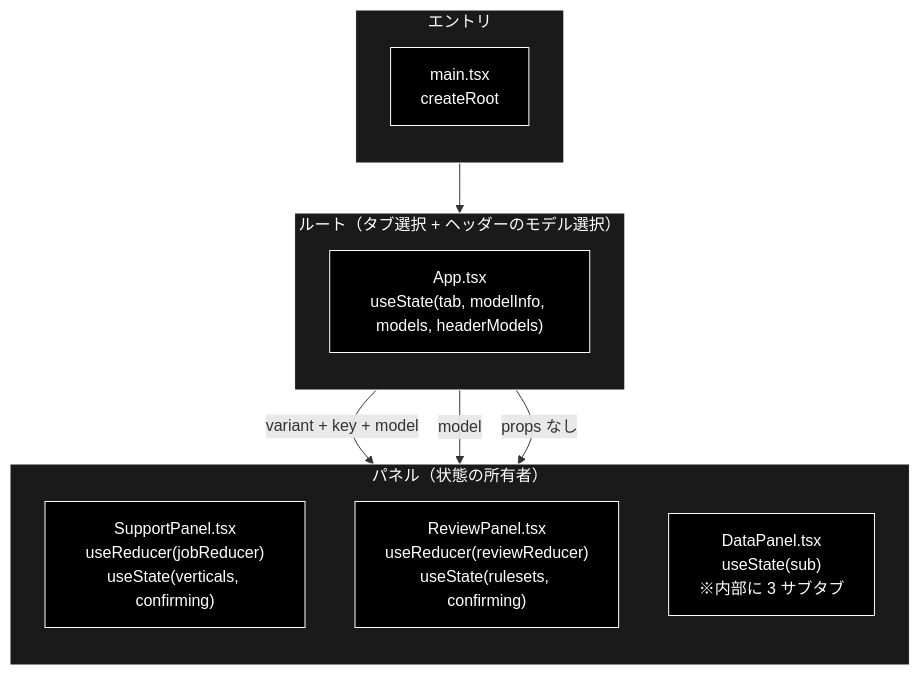
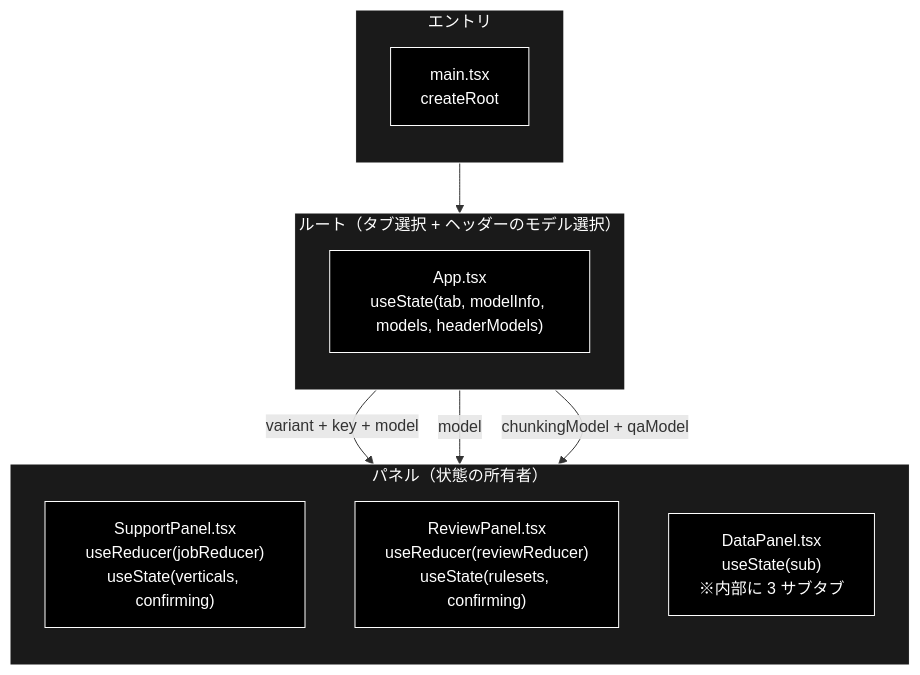
The first of 3 diagrams in frontend/docs/App.md (nakashima2toshio/grace_v2), drawn with Mermaid before and after one commit. The commit also changed other lines of this file and 11 other files, not shown here.

````diff
--- a/frontend/docs/App.md
+++ b/frontend/docs/App.md
@@ -72,28 +72,28 @@
 ```mermaid
 flowchart TB
     subgraph Entry["エントリ"]
         direction TB
         Main["main.tsx<br>createRoot"]
     end
     subgraph Root["ルート（タブ選択 + ヘッダーのモデル選択）"]
         direction TB
         App["App.tsx<br>useState(tab, modelInfo, models, headerModels)"]
     end
     subgraph Panels["パネル（状態の所有者）"]
         direction TB
         SP["SupportPanel.tsx<br>useReducer(jobReducer)<br>useState(verticals, confirming)"]
         RP["ReviewPanel.tsx<br>useReducer(reviewReducer)<br>useState(rulesets, confirming)"]
         DP["DataPanel.tsx<br>useState(sub)<br>※内部に 3 サブタブ"]
     end
 
     Main --> App
     App -->|"variant + key + model"| SP
     App -->|"model"| RP
-    App -->|"props なし"| DP
+    App -->|"chunkingModel + qaModel"| DP
 classDef default fill:#000,stroke:#fff,color:#fff
 classDef subgraphStyle fill:#1a1a1a,stroke:#fff,color:#fff
 class Main,App,SP,RP,DP default
 style Entry fill:#1a1a1a,stroke:#fff,color:#fff
 style Root fill:#1a1a1a,stroke:#fff,color:#fff
 style Panels fill:#1a1a1a,stroke:#fff,color:#fff
 ```
````
